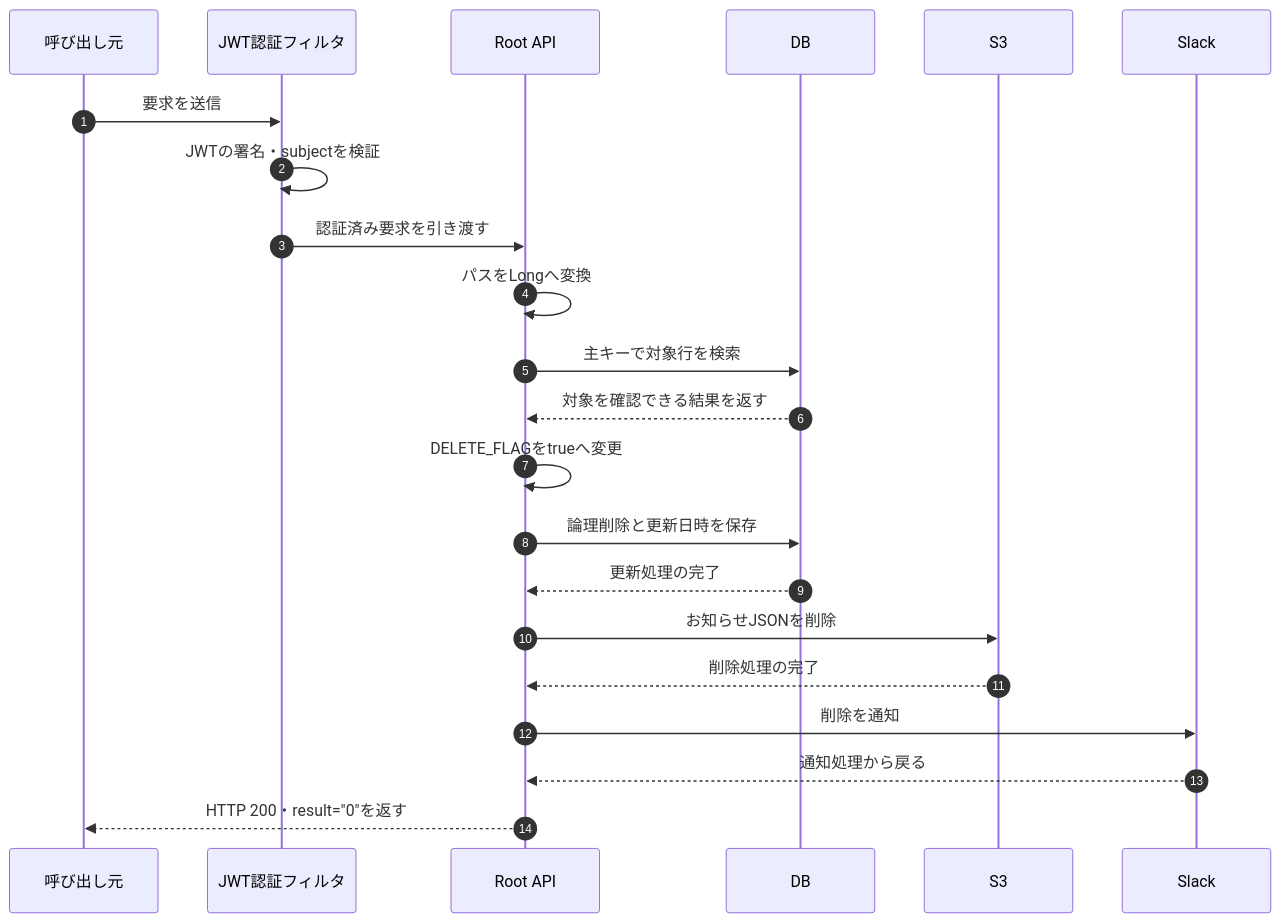
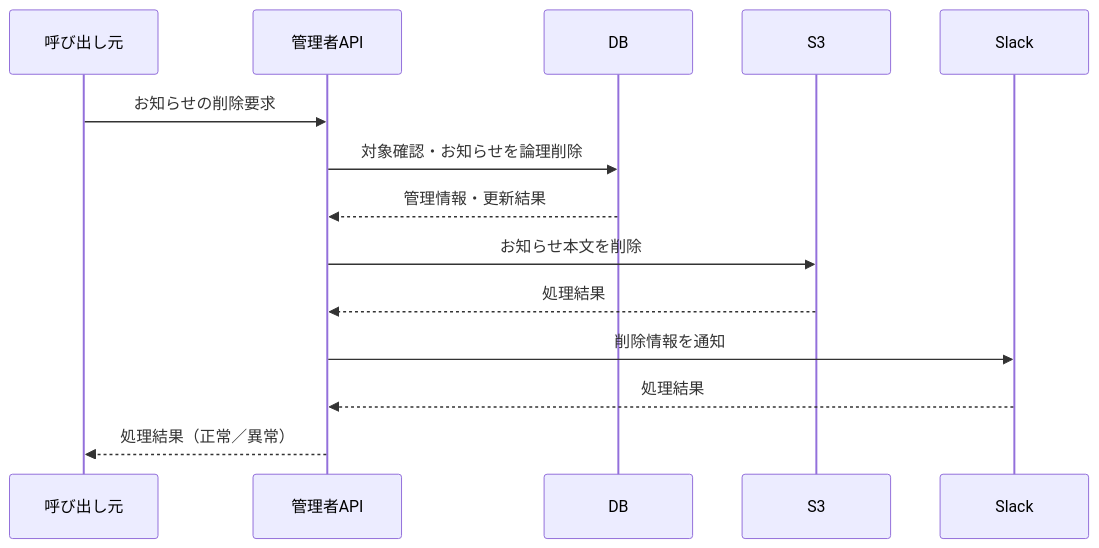
The first of 2 diagrams in ha-docs/design/05_rootapi/設計書_5.6.4.お知らせ情報削除API.md (kohei-okazaki/work-3g), drawn with Mermaid before and after one commit. The commit also changed other lines of this file and 67 other files, not shown here.

````diff
--- a/ha-docs/design/05_rootapi/設計書_5.6.4.お知らせ情報削除API.md
+++ b/ha-docs/design/05_rootapi/設計書_5.6.4.お知らせ情報削除API.md
@@ -91,24 +24,16 @@
 ```mermaid
 sequenceDiagram
-    autonumber
-    participant Client as 呼び出し元
-    participant Security as JWT認証フィルタ
-    participant API as Root API
-    participant DB as DB
-    participant S3 as S3
-    participant Slack as Slack
-    Client->>Security: 要求を送信
-    Security->>Security: JWTの署名・subjectを検証
-    Security->>API: 認証済み要求を引き渡す
-    API->>API: パスをLongへ変換
-    API->>DB: 主キーで対象行を検索
-    DB-->>API: 対象を確認できる結果を返す
-    API->>API: DELETE_FLAGをtrueへ変更
-    API->>DB: 論理削除と更新日時を保存
-    DB-->>API: 更新処理の完了
-    API->>S3: お知らせJSONを削除
-    S3-->>API: 削除処理の完了
-    API->>Slack: 削除を通知
-    Slack-->>API: 通知処理から戻る
-    API-->>Client: HTTP 200・result="0"を返す
+    participant C as 呼び出し元
+    participant A as 管理者API
+    participant D as DB
+    participant S as S3
+    participant N as Slack
+    C->>A: お知らせの削除要求
+    A->>D: 対象確認・お知らせを論理削除
+    D-->>A: 管理情報・更新結果
+    A->>S: お知らせ本文を削除
+    S-->>A: 処理結果
+    A->>N: 削除情報を通知
+    N-->>A: 処理結果
+    A-->>C: 処理結果（正常／異常）
 ```
````
